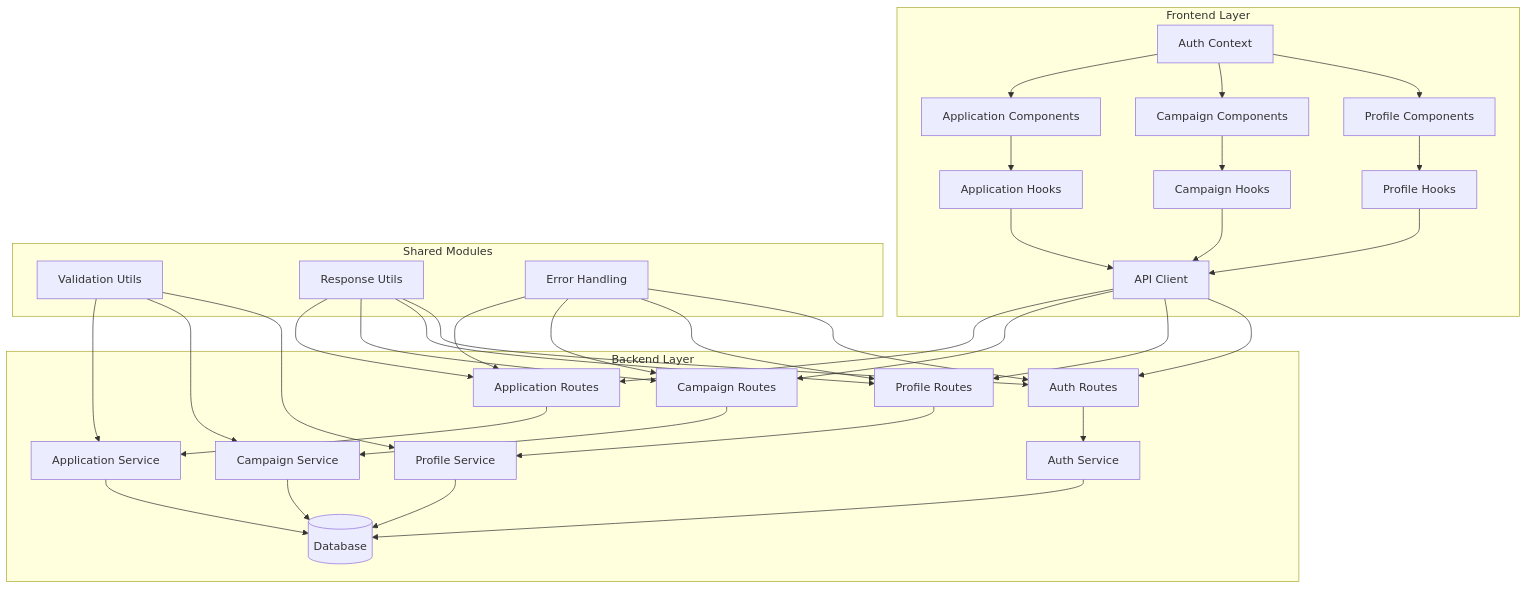
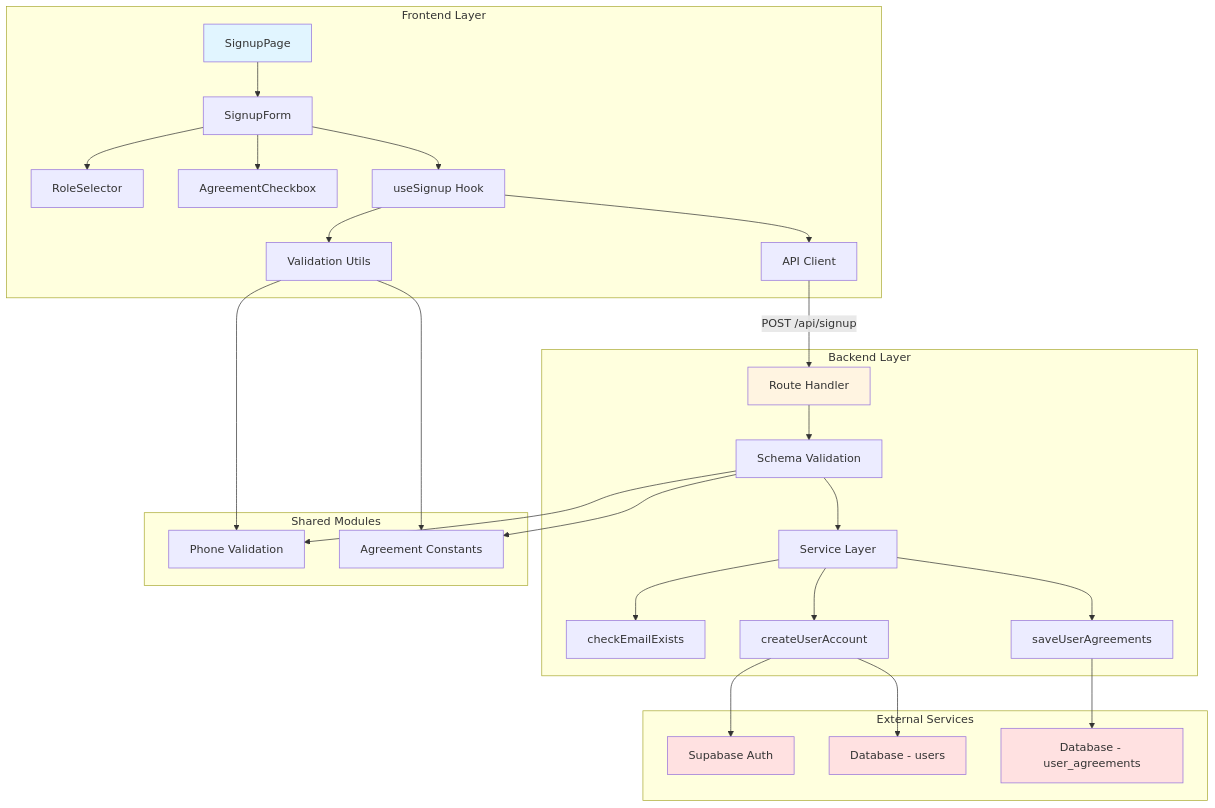
Before and after one commit to kooyongpak/Mafia_1w_1: the diagram in docs/001/plan.md, drawn with Mermaid. The commit also changed other lines of this file and 78 other files, not shown here.

````diff
--- a/docs/001/plan.md
+++ b/docs/001/plan.md
@@ -267,53 +44,39 @@
 ```mermaid
 graph TB
     subgraph "Frontend Layer"
-        A[Auth Context] --> B[Profile Components]
-        A --> C[Campaign Components]
-        A --> D[Application Components]
-        
-        B --> E[Profile Hooks]
-        C --> F[Campaign Hooks]
-        D --> G[Application Hooks]
-        
-        E --> H[API Client]
-        F --> H
-        G --> H
+        A[SignupPage] --> B[SignupForm]
+        B --> C[RoleSelector]
+        B --> D[AgreementCheckbox]
+        B --> E[useSignup Hook]
+        E --> F[Validation Utils]
+        E --> G[API Client]
     end
-    
+
     subgraph "Backend Layer"
-        H --> I[Auth Routes]
-        H --> J[Profile Routes]
-        H --> K[Campaign Routes]
-        H --> L[Application Routes]
-        
-        I --> M[Auth Service]
-        J --> N[Profile Service]
-        K --> O[Campaign Service]
-        L --> P[Application Service]
-        
-        M --> Q[(Database)]
-        N --> Q
-        O --> Q
-        P --> Q
+        G -->|POST /api/signup| H[Route Handler]
+        H --> I[Schema Validation]
+        I --> J[Service Layer]
+        J --> K[checkEmailExists]
+        J --> L[createUserAccount]
+        J --> M[saveUserAgreements]
     end
-    
+
+    subgraph "External Services"
+        L --> N[Supabase Auth]
+        L --> O[Database - users]
+        M --> P[Database - user_agreements]
+    end
+
     subgraph "Shared Modules"
-        R[Validation Utils]
-        S[Response Utils]
-        T[Error Handling]
-        
-        R --> N
-        R --> O
-        R --> P
-        
-        S --> I
-        S --> J
-        S --> K
-        S --> L
-        
-        T --> I
-        T --> J
-        T --> K
-        T --> L
+        F --> Q[Phone Validation]
+        F --> R[Agreement Constants]
+        I --> Q
+        I --> R
     end
+
+    style A fill:#e1f5ff
+    style H fill:#fff4e1
+    style N fill:#ffe1e1
+    style O fill:#ffe1e1
+    style P fill:#ffe1e1
 ```
````
